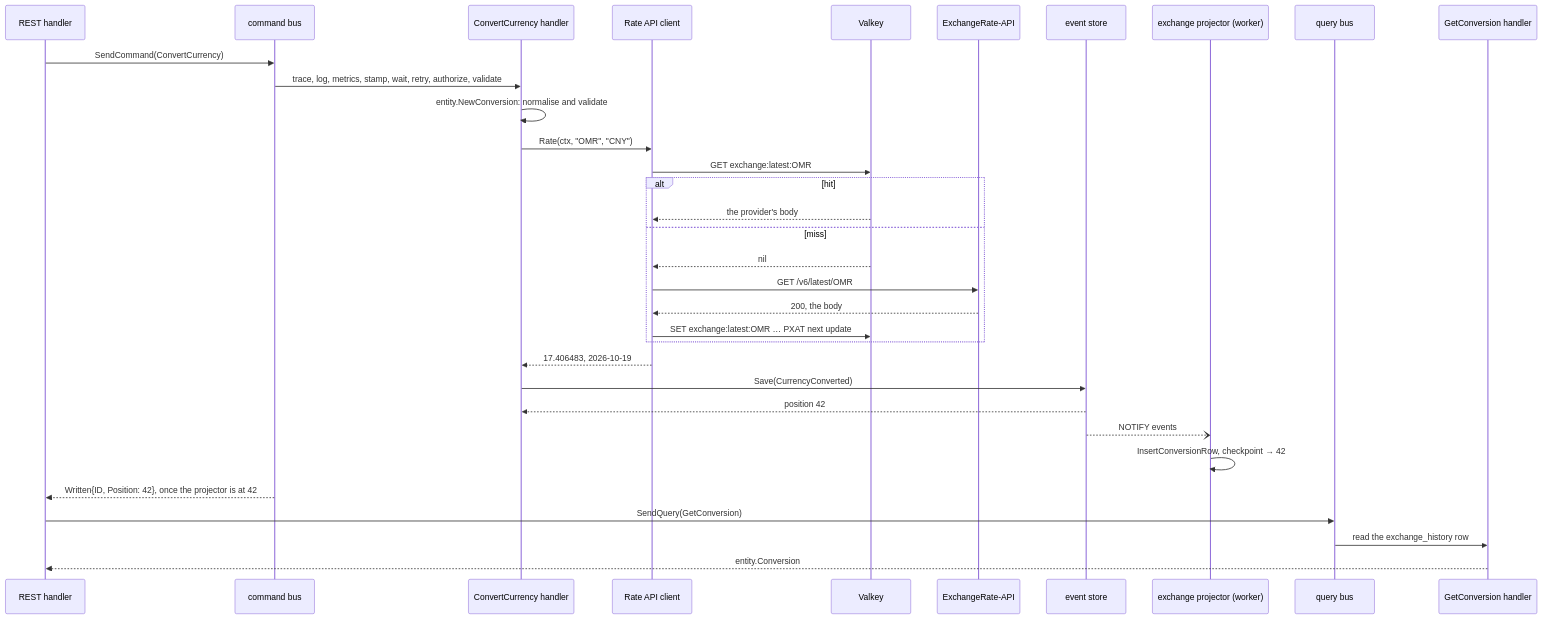
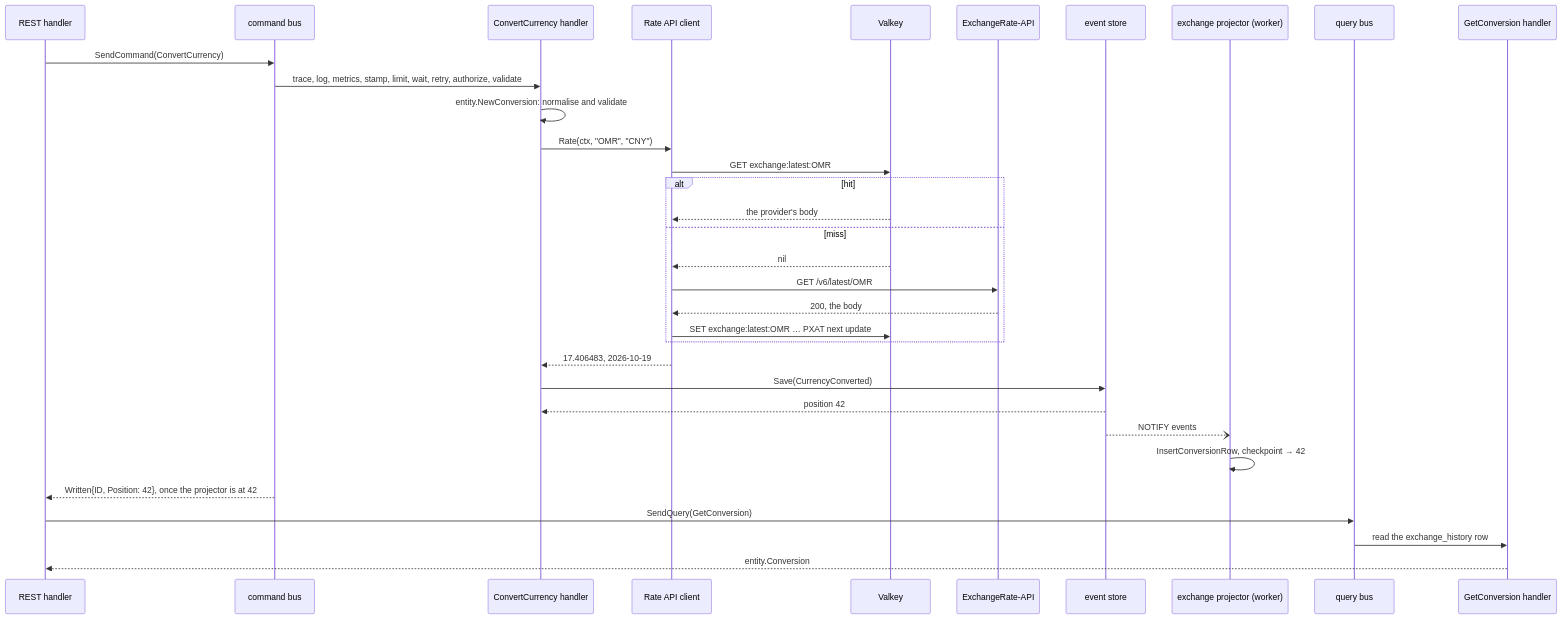
Before and after one commit to m7medVision/go-clean-template: the diagram in docs/request-flow.md, drawn with Mermaid. The commit also changed other lines of this file and 7 other files, not shown here.

````diff
--- a/docs/request-flow.md
+++ b/docs/request-flow.md
@@ -28,35 +28,35 @@
 ```mermaid
 sequenceDiagram
   participant H as REST handler
   participant CB as command bus
   participant C as ConvertCurrency handler
   participant W as Rate API client
   participant V as Valkey
   participant X as ExchangeRate-API
   participant S as event store
   participant P as exchange projector (worker)
   participant QB as query bus
   participant Q as GetConversion handler
   H->>CB: SendCommand(ConvertCurrency)
-  CB->>C: trace, log, metrics, stamp, wait, retry, authorize, validate
+  CB->>C: trace, log, metrics, stamp, limit, wait, retry, authorize, validate
   C->>C: entity.NewConversion: normalise and validate
   C->>W: Rate(ctx, "OMR", "CNY")
   W->>V: GET exchange:latest:OMR
   alt hit
     V-->>W: the provider's body
   else miss
     V-->>W: nil
     W->>X: GET /v6/latest/OMR
     X-->>W: 200, the body
     W->>V: SET exchange:latest:OMR … PXAT next update
   end
   W-->>C: 17.406483, 2026-10-19
   C->>S: Save(CurrencyConverted)
   S-->>C: position 42
   S--)P: NOTIFY events
   P->>P: InsertConversionRow, checkpoint → 42
   CB-->>H: Written{ID, Position: 42}, once the projector is at 42
   H->>QB: SendQuery(GetConversion)
   QB->>Q: read the exchange_history row
   Q-->>H: entity.Conversion
 ```
````
